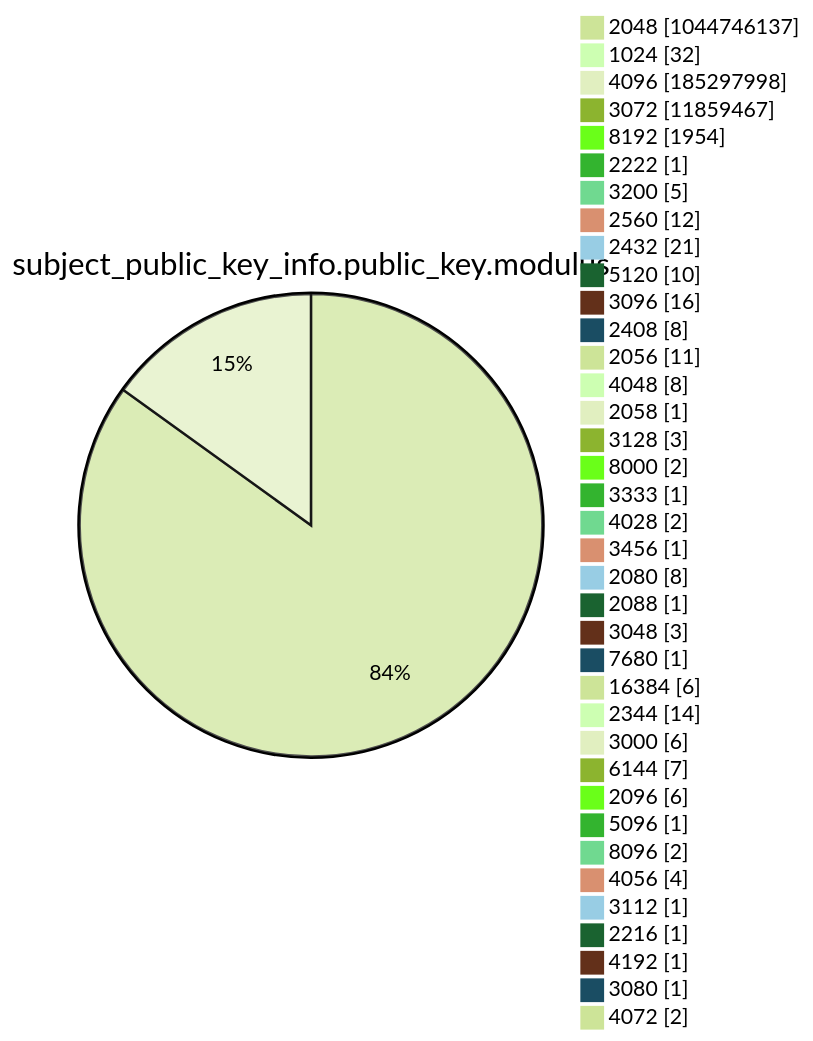
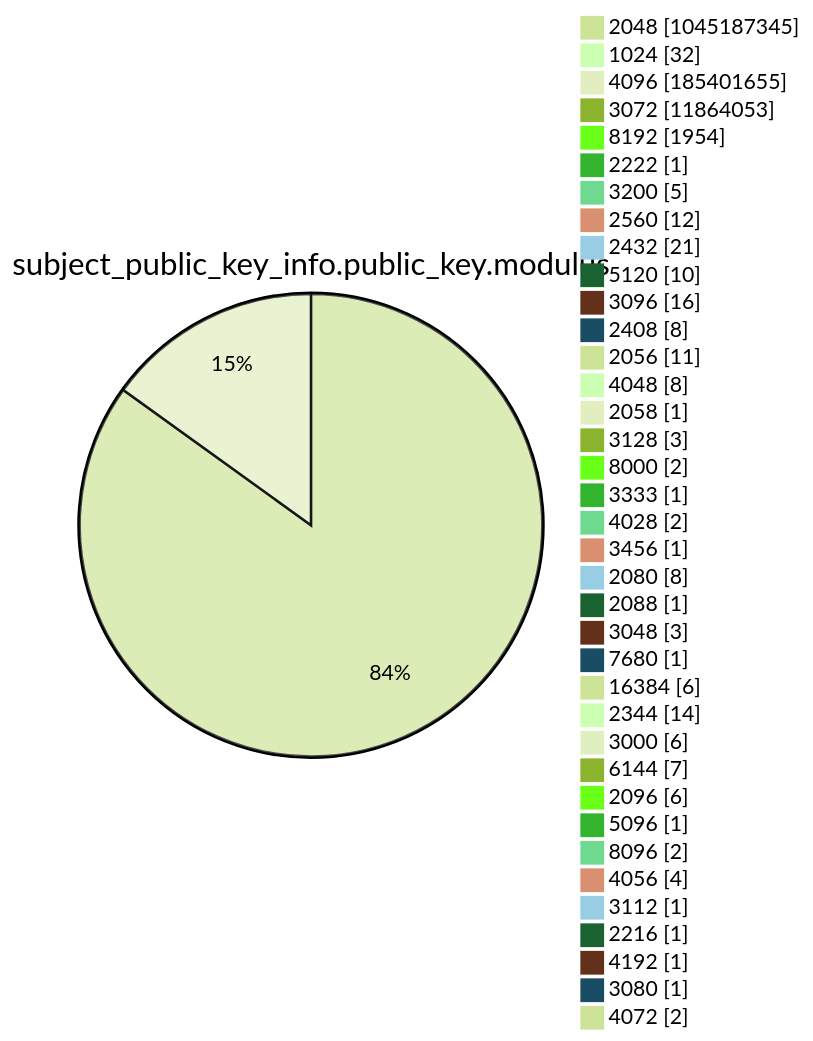
Diagram 13 of 15 in argon2022/README.md (christiankrug/ctmonitor_visualization), drawn with Mermaid (forest theme) before and after one commit. The commit also changed other lines of this file, not shown here.

````diff
--- a/argon2022/README.md
+++ b/argon2022/README.md
@@ -3589,41 +3589,41 @@
 ```mermaid
 pie showData
 title subject_public_key_info.public_key.modulus
-"2048" :1044746137
+"2048" :1045187345
 "1024" :32
-"4096" :185297998
-"3072" :11859467
+"4096" :185401655
+"3072" :11864053
 "8192" :1954
 "2222" :1
 "3200" :5
 "2560" :12
 "2432" :21
 "5120" :10
 "3096" :16
 "2408" :8
 "2056" :11
 "4048" :8
 "2058" :1
 "3128" :3
 "8000" :2
 "3333" :1
 "4028" :2
 "3456" :1
 "2080" :8
 "2088" :1
 "3048" :3
 "7680" :1
 "16384" :6
 "2344" :14
 "3000" :6
 "6144" :7
 "2096" :6
 "5096" :1
 "8096" :2
 "4056" :4
 "3112" :1
 "2216" :1
 "4192" :1
 "3080" :1
 "4072" :2
 ```
````
